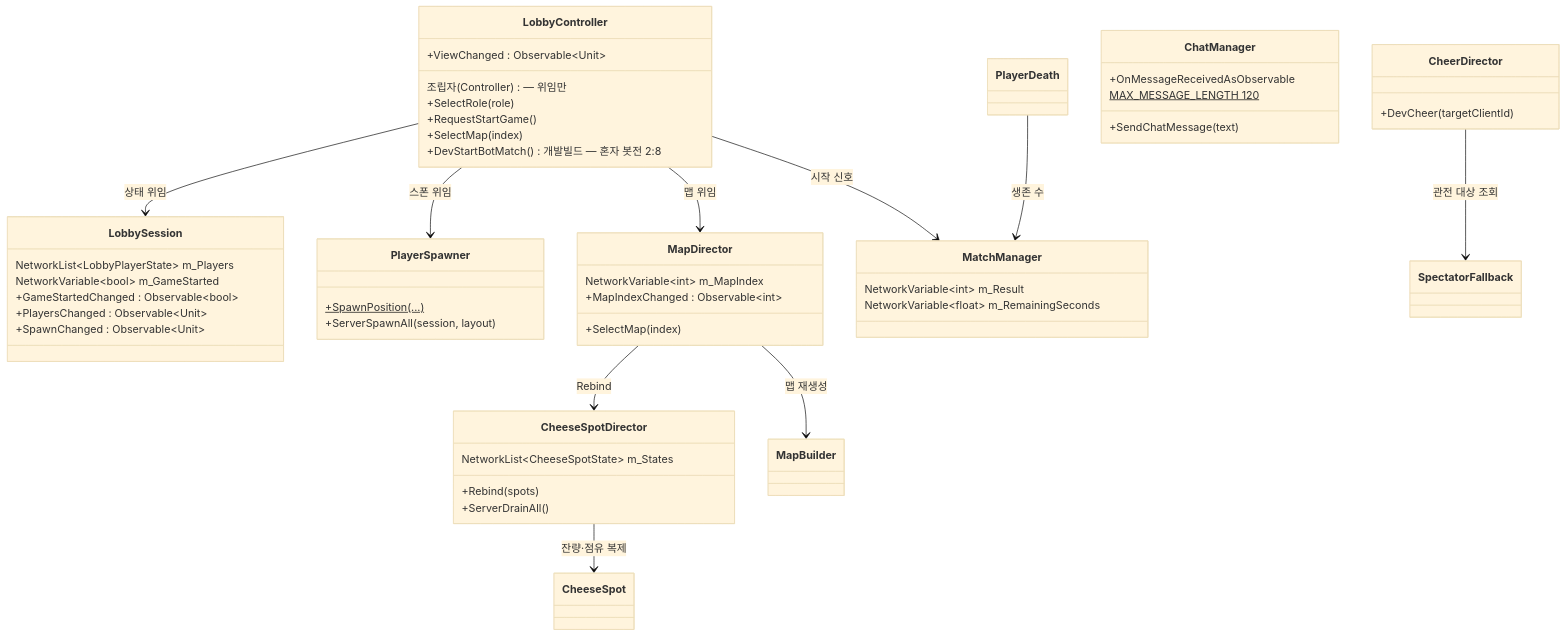
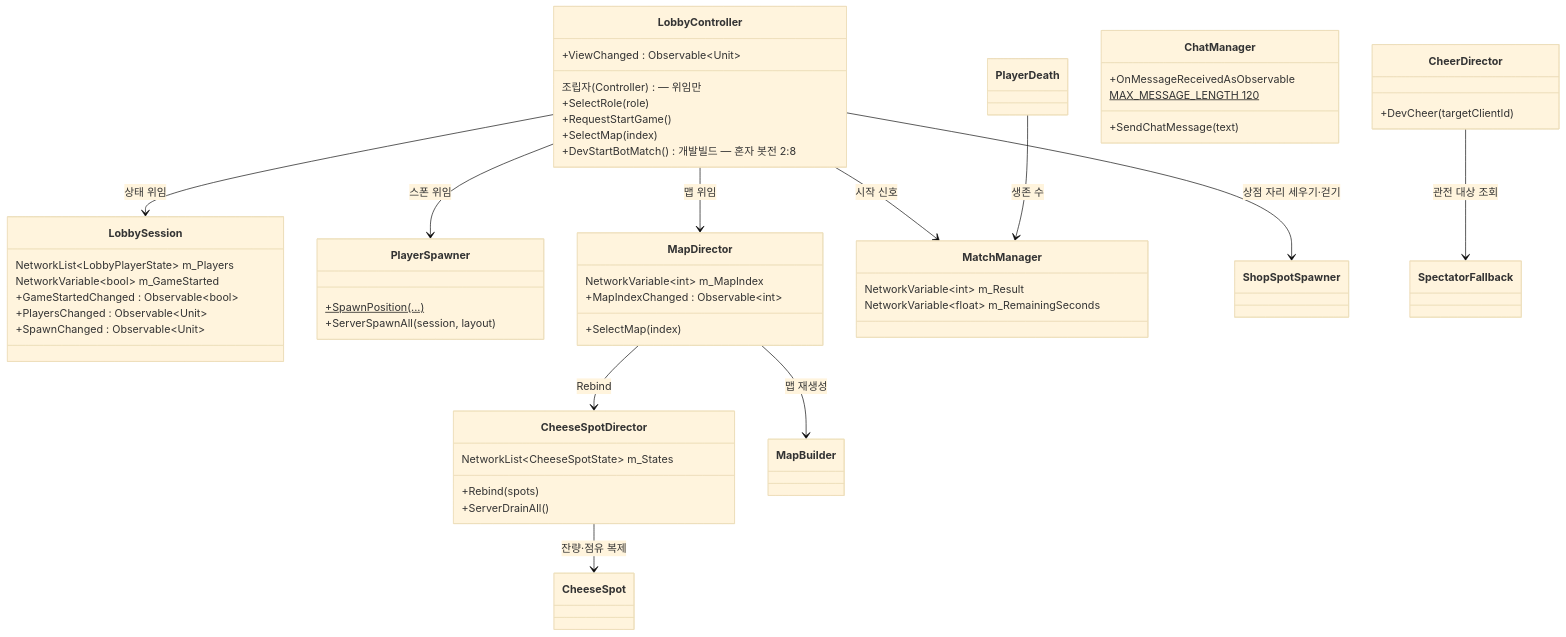
Before and after one commit to JeahanPark/The-Cheese-Thief-and-the-Cat: diagram 18 of 33 in CTC/docs/design-vault/코드 다이어그램.md, drawn with Mermaid (base theme). The commit also changed other lines of this file and 2 other files, not shown here.

Commit message:
test(qa): qa_v46 테크 뼈대·상점 자리 7항목 + qa_v41 상점 규칙 반영 + 코드 다이어그램 갱신

````diff
--- a/CTC/docs/design-vault/코드 다이어그램.md
+++ b/CTC/docs/design-vault/코드 다이어그램.md
@@ -616,56 +616,57 @@
 ```mermaid
 classDiagram
     direction TB
 
     class LobbyController {
         조립자(Controller) — 위임만
         +SelectRole(role)
         +RequestStartGame()
         +SelectMap(index)
         +DevStartBotMatch() 개발빌드 — 혼자 봇전 2:8
         +ViewChanged : Observable~Unit~
     }
     class LobbySession {
         NetworkList~LobbyPlayerState~ m_Players
         NetworkVariable~bool~ m_GameStarted
         +GameStartedChanged : Observable~bool~
         +PlayersChanged : Observable~Unit~
         +SpawnChanged : Observable~Unit~
     }
     class PlayerSpawner {
         +SpawnPosition(...)$
         +ServerSpawnAll(session, layout)
     }
     class MapDirector {
         NetworkVariable~int~ m_MapIndex
         +SelectMap(index)
         +MapIndexChanged : Observable~int~
     }
     class MatchManager {
         NetworkVariable~int~ m_Result
         NetworkVariable~float~ m_RemainingSeconds
     }
     class CheeseSpotDirector {
         NetworkList~CheeseSpotState~ m_States
         +Rebind(spots)
         +ServerDrainAll()
     }
     class CheerDirector {
         +DevCheer(targetClientId)
     }
     class ChatManager {
         +SendChatMessage(text)
         +OnMessageReceivedAsObservable
         MAX_MESSAGE_LENGTH 120$
     }
 
     LobbyController --> LobbySession : 상태 위임
     LobbyController --> PlayerSpawner : 스폰 위임
     LobbyController --> MapDirector : 맵 위임
     LobbyController --> MatchManager : 시작 신호
+    LobbyController --> ShopSpotSpawner : 상점 자리 세우기·걷기
     MapDirector --> MapBuilder : 맵 재생성
     MapDirector --> CheeseSpotDirector : Rebind
     CheeseSpotDirector --> CheeseSpot : 잔량·점유 복제
     PlayerDeath --> MatchManager : 생존 수
     CheerDirector --> SpectatorFallback : 관전 대상 조회
 ```
````
